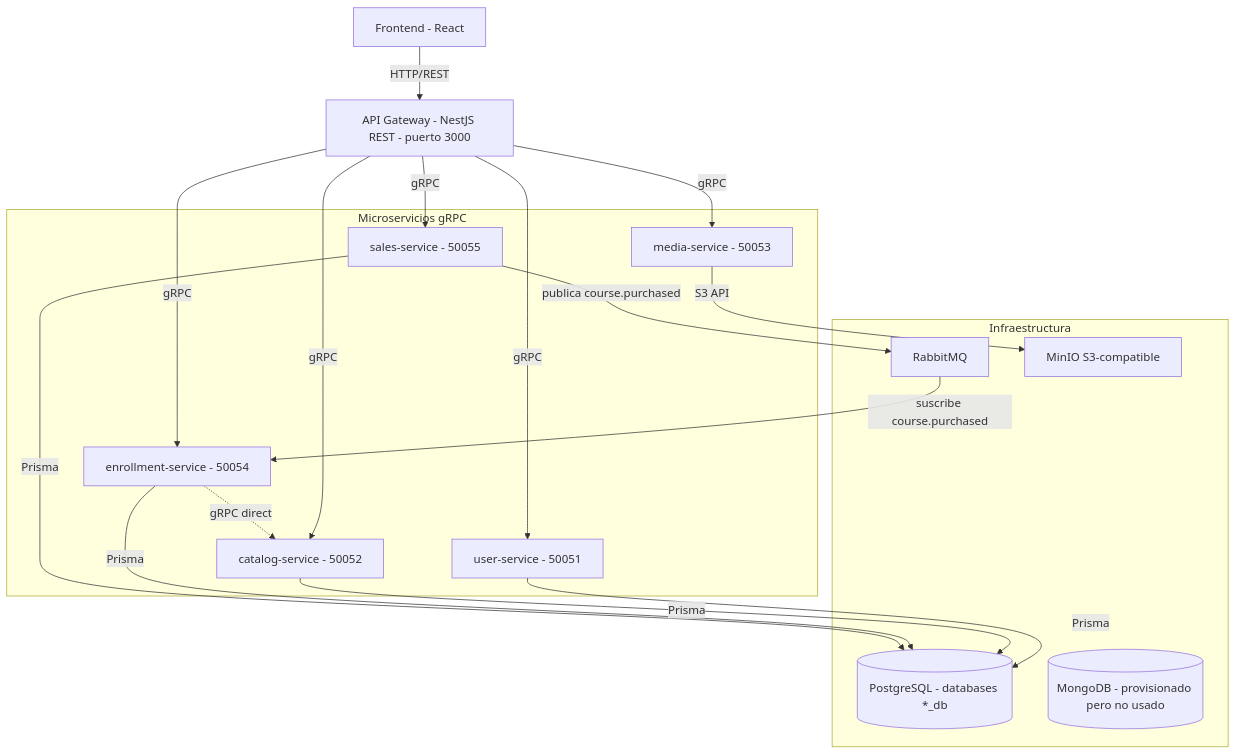
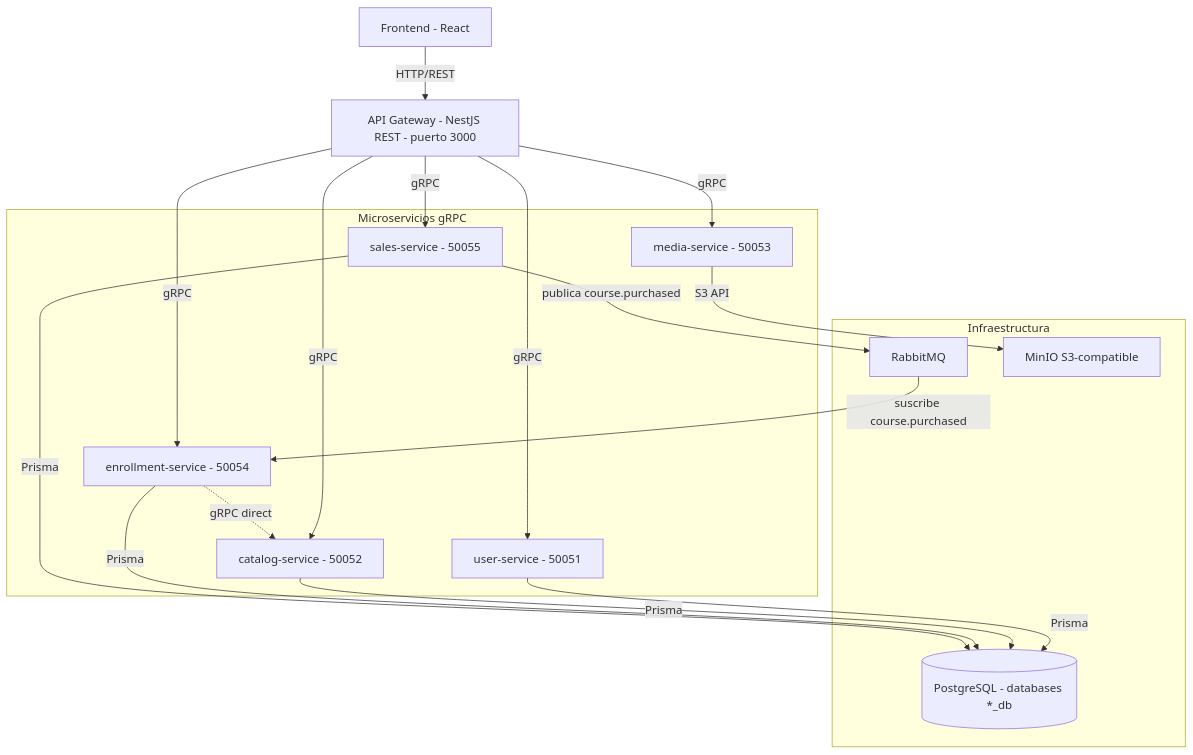
One commit to Pryectomaestria1/maestria-architecture changed the diagram in IMPLEMENTATION_STATE.md. Above: the diagram before and after it, drawn with Mermaid. The commit also changed other lines of this file and 1 other file, not shown here.

Commit message:
docs: remove all Mongo and polyglot persistence references

````diff
--- a/IMPLEMENTATION_STATE.md
+++ b/IMPLEMENTATION_STATE.md
@@ -45,38 +44,37 @@
 ```mermaid
 graph TD
     FE[Frontend - React]
     GW[API Gateway - NestJS REST - puerto 3000]
 
     subgraph Microservicios gRPC
         US[user-service - 50051]
         CS[catalog-service - 50052]
         MS[media-service - 50053]
         ES[enrollment-service - 50054]
         SS[sales-service - 50055]
     end
 
     subgraph Infraestructura
         PG[(PostgreSQL - databases *_db)]
         RMQ[RabbitMQ]
         MIO[MinIO S3-compatible]
-        MON[(MongoDB - provisionado pero no usado)]
     end
 
     FE -->|HTTP/REST| GW
     GW -->|gRPC| US
     GW -->|gRPC| CS
     GW -->|gRPC| MS
     GW -->|gRPC| ES
     GW -->|gRPC| SS
 
     US -->|Prisma| PG
     CS -->|Prisma| PG
     ES -->|Prisma| PG
     SS -->|Prisma| PG
 
     SS -->|publica course.purchased| RMQ
     RMQ -->|suscribe course.purchased| ES
     MS -->|S3 API| MIO
 
     ES -.gRPC directo.-> CS
 ```
````
